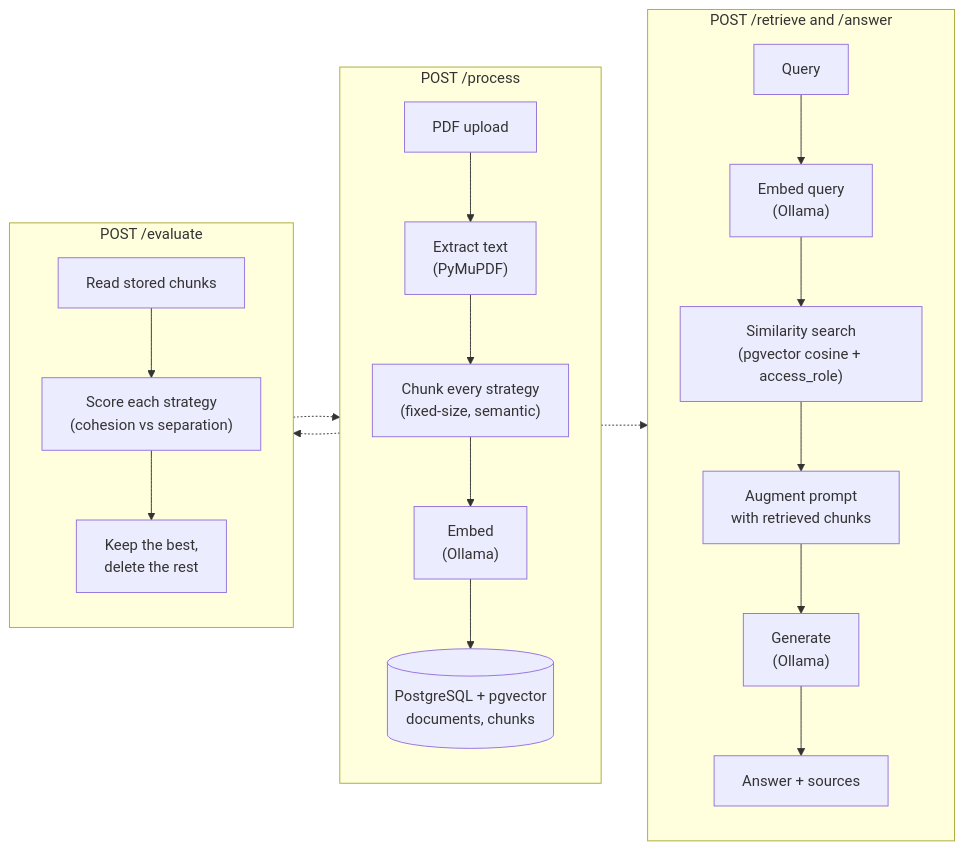
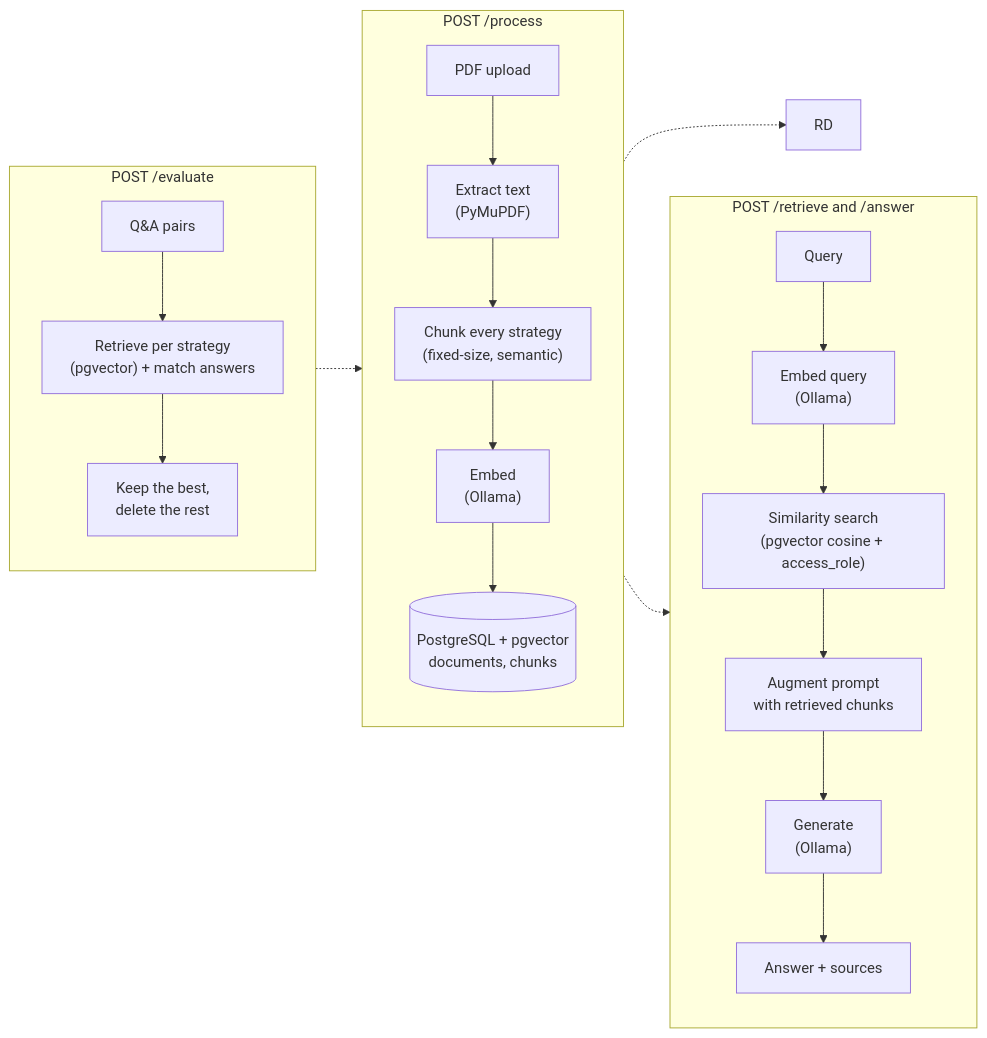
The diagram in README.md (mh2005in/RAG-Assistant-with-Real-Evals), drawn with Mermaid before and after one commit. The commit also changed other lines of this file and 11 other files, not shown here.

````diff
--- a/README.md
+++ b/README.md
@@ -19,26 +19,26 @@
 ```mermaid
 flowchart LR
     subgraph ingest["POST /process"]
       direction TB
       U["PDF upload"] --> EX["Extract text<br/>(PyMuPDF)"]
       EX --> CH["Chunk every strategy<br/>(fixed-size, semantic)"]
       CH --> EM1["Embed<br/>(Ollama)"]
       EM1 --> ST[("PostgreSQL + pgvector<br/>documents, chunks")]
     end
     subgraph eval["POST /evaluate"]
       direction TB
-      RD["Read stored chunks"] --> SC["Score each strategy<br/>(cohesion vs separation)"]
-      SC --> PR["Keep the best,<br/>delete the rest"]
+      QA["Q&amp;A pairs"] --> RS["Retrieve per strategy<br/>(pgvector) + match answers"]
+      RS --> PR["Keep the best,<br/>delete the rest"]
     end
     subgraph ask["POST /retrieve and /answer"]
       direction TB
       Q["Query"] --> EM2["Embed query<br/>(Ollama)"]
       EM2 --> SR["Similarity search<br/>(pgvector cosine + access_role)"]
       SR --> AUG["Augment prompt<br/>with retrieved chunks"]
       AUG --> GEN["Generate<br/>(Ollama)"]
       GEN --> A["Answer + sources"]
     end
     ST -.-> RD
     PR -.-> ST
     ST -.-> SR
 ```
````
